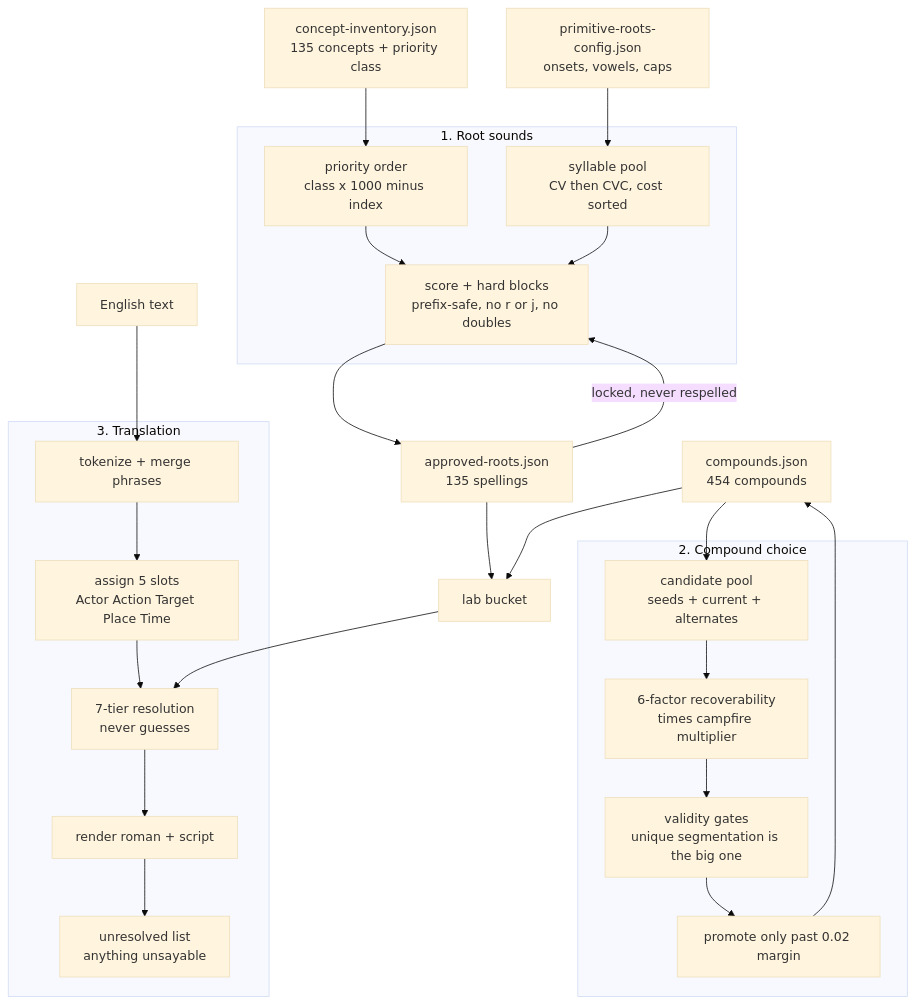
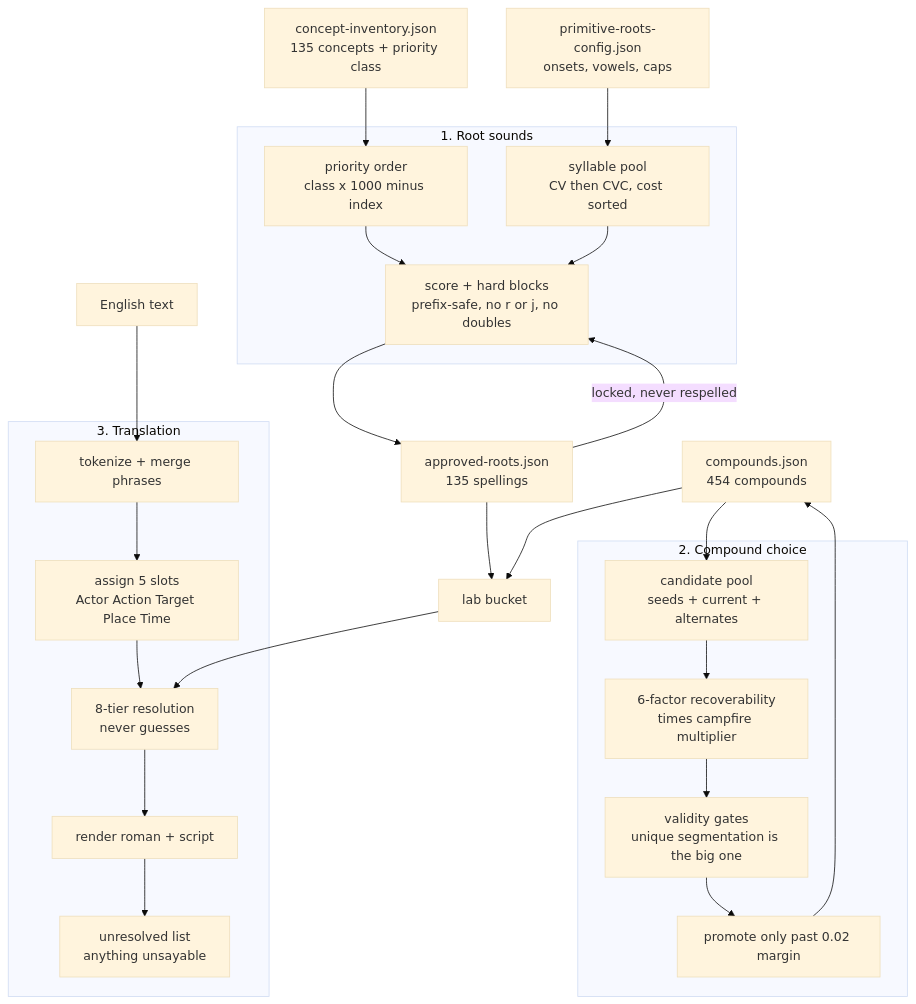
Before and after one commit to Fonora/fonora: the third of 3 diagrams in docs/fonoran-architecture.md, drawn with Mermaid (base theme). The commit also changed other lines of this file and 27 other files, not shown here.

````diff
--- a/docs/fonoran-architecture.md
+++ b/docs/fonoran-architecture.md
@@ -99,51 +99,51 @@
 ```mermaid
 flowchart TD
   INV["concept-inventory.json\n135 concepts + priority class"]
   CFG["primitive-roots-config.json\nonsets, vowels, caps"]
   APPR["approved-roots.json\n135 spellings"]
   COMP["compounds.json\n454 compounds"]
   LEX["lab bucket"]
 
   subgraph roots [1. Root sounds]
     P1["priority order\nclass x 1000 minus index"]
     POOL["syllable pool\nCV then CVC, cost sorted"]
     PICK["score + hard blocks\nprefix-safe, no r or j, no doubles"]
   end
 
   subgraph compounds [2. Compound choice]
     POOL2["candidate pool\nseeds + current + alternates"]
     SCORE["6-factor recoverability\ntimes campfire multiplier"]
     GATE["validity gates\nunique segmentation is the big one"]
     PROMOTE["promote only past 0.02 margin"]
   end
 
   subgraph translate [3. Translation]
     TOK["tokenize + merge phrases"]
     SLOT["assign 5 slots\nActor Action Target Place Time"]
-    RES["7-tier resolution\nnever guesses"]
+    RES["8-tier resolution\nnever guesses"]
     REND["render roman + script"]
     GAPS["unresolved list\nanything unsayable"]
   end
 
   INV --> P1
   CFG --> POOL
   P1 --> PICK
   POOL --> PICK
   APPR -->|"locked, never respelled"| PICK
   PICK --> APPR
 
   COMP --> POOL2
   POOL2 --> SCORE
   SCORE --> GATE
   GATE --> PROMOTE
   PROMOTE --> COMP
 
   APPR --> LEX
   COMP --> LEX
   EN["English text"] --> TOK
   TOK --> SLOT
   SLOT --> RES
   LEX --> RES
   RES --> REND
   REND --> GAPS
 ```
````
